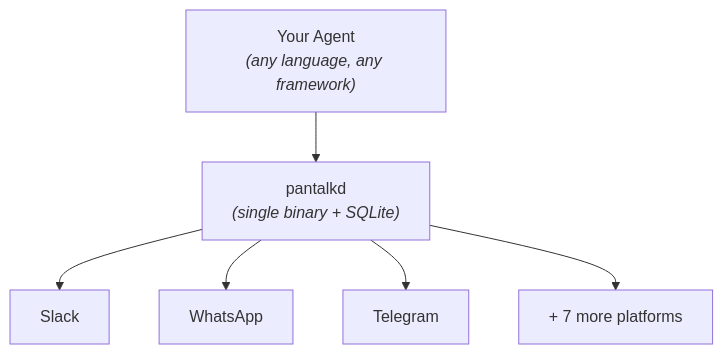
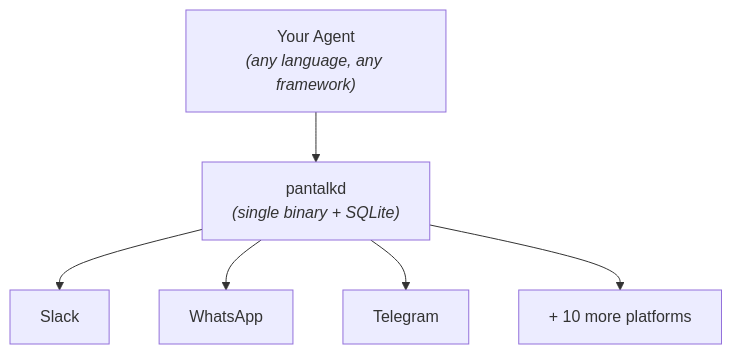
One commit to pantalk/pantalk changed the second of 2 diagrams in docs/pantalk-vs-buzz.md. Above: the diagram before and after it, drawn with Mermaid. The commit also changed other lines of this file and 27 other files, not shown here.

````diff
--- a/docs/pantalk-vs-buzz.md
+++ b/docs/pantalk-vs-buzz.md
@@ -30,9 +30,9 @@
 ```mermaid
 graph TD
     Agent2["Your Agent<br/><em>(any language, any framework)</em>"] --> Daemon
     Daemon["pantalkd<br/><em>(single binary + SQLite)</em>"]
     Daemon --> Slack2[Slack]
     Daemon --> WhatsApp2[WhatsApp]
     Daemon --> Telegram2[Telegram]
-    Daemon --> More2["+ 7 more platforms"]
+    Daemon --> More2["+ 10 more platforms"]
 ```
````
